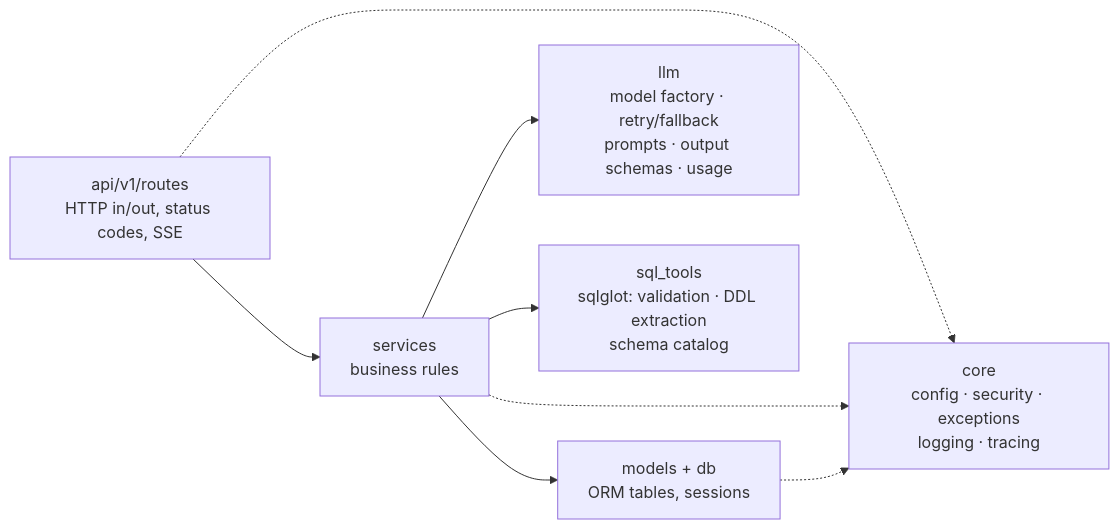
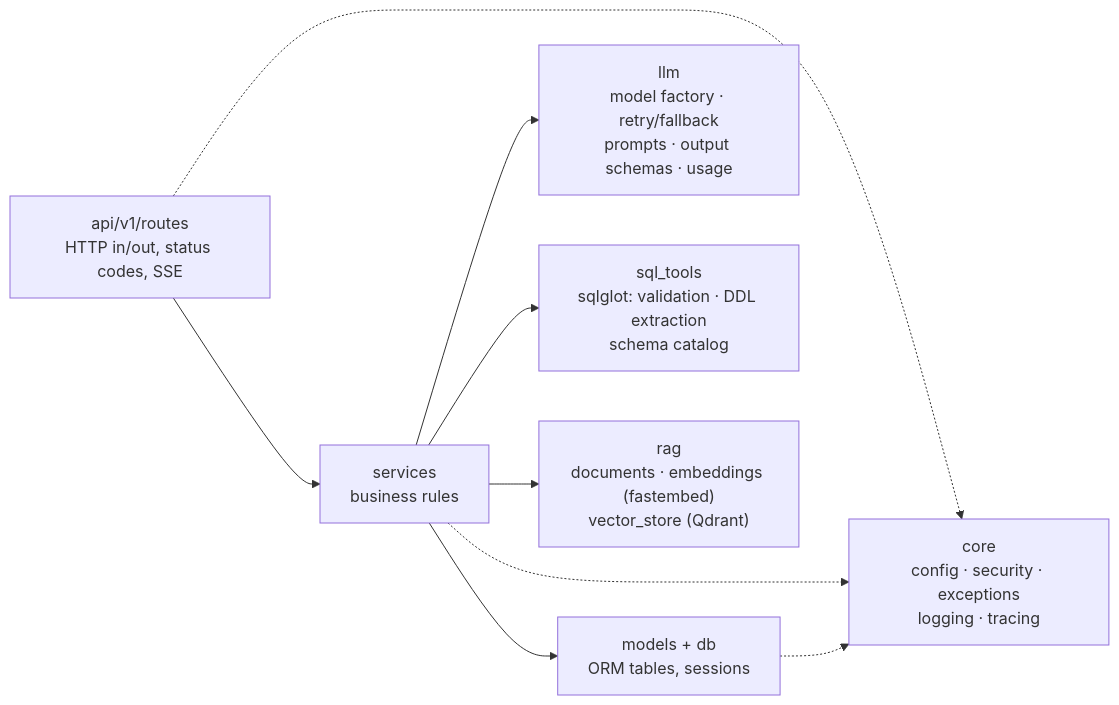
Before and after one commit to TanmayDeshpande29/AI-powered-SQL-Assistant: the second of 12 diagrams in README.md, drawn with Mermaid. The commit also changed other lines of this file and 8 other files, not shown here.

````diff
--- a/README.md
+++ b/README.md
@@ -88,10 +90,11 @@
 ```mermaid
 flowchart LR
     R["api/v1/routes<br/>HTTP in/out, status codes, SSE"] --> S["services<br/>business rules"]
     S --> M["models + db<br/>ORM tables, sessions"]
     S --> L["llm<br/>model factory · retry/fallback<br/>prompts · output schemas · usage"]
     S --> T["sql_tools<br/>sqlglot: validation · DDL extraction<br/>schema catalog"]
+    S --> G["rag<br/>documents · embeddings (fastembed)<br/>vector_store (Qdrant)"]
     R -.-> C["core<br/>config · security · exceptions<br/>logging · tracing"]
     S -.-> C
     M -.-> C
 ```
````
